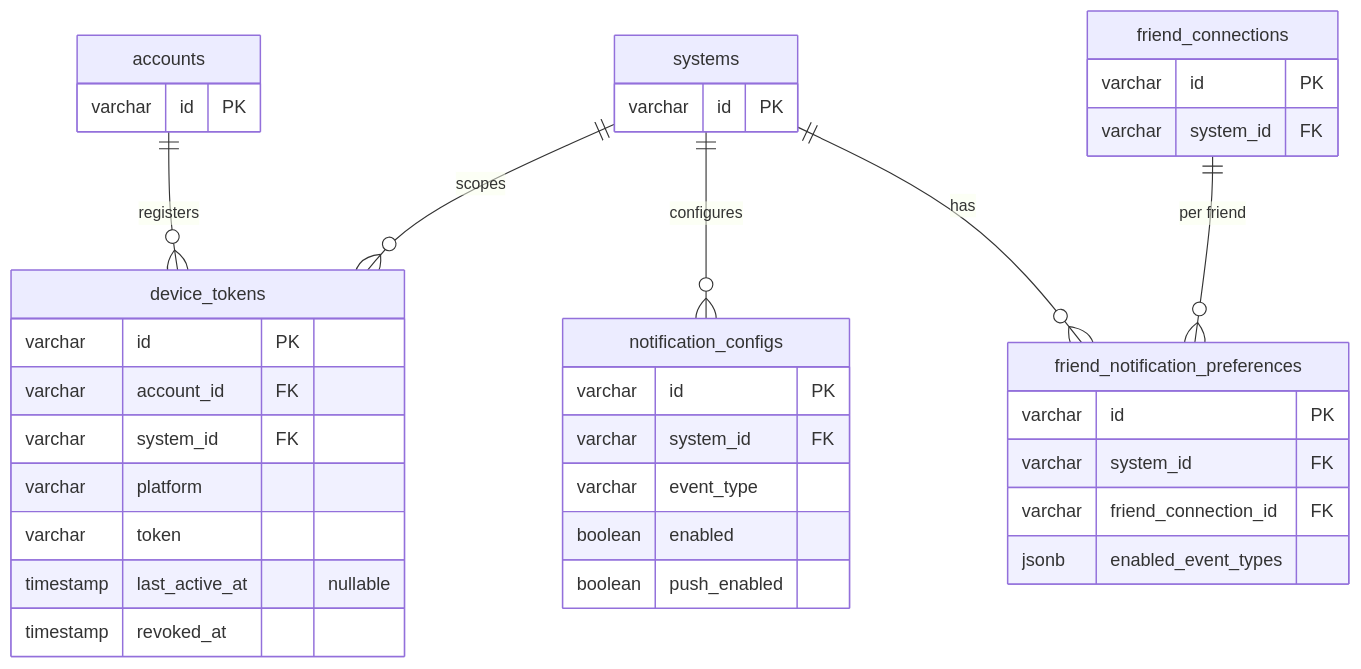
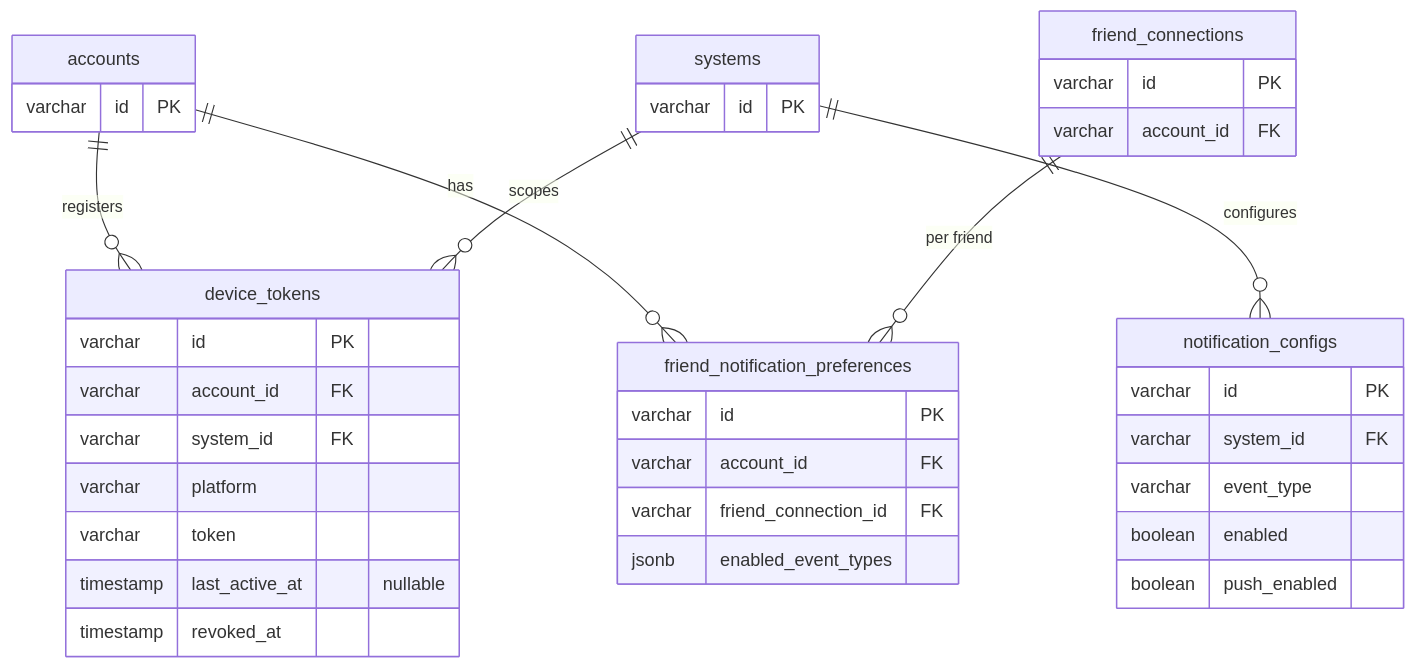
One commit to ThePrismSystem/pluralscape-mono changed diagram 14 of 21 in docs/database-schema.md. Above: the diagram before and after it, drawn with Mermaid. The commit also changed other lines of this file and 19 other files, not shown here.

First line of the commit message:
docs: update schema doc and future-features for PR #89 changes (#102)

````diff
--- a/docs/database-schema.md
+++ b/docs/database-schema.md
@@ -729,46 +757,46 @@
 ```mermaid
 erDiagram
     accounts {
         varchar id PK
     }
 
     systems {
         varchar id PK
     }
 
     friend_connections {
         varchar id PK
-        varchar system_id FK
+        varchar account_id FK
     }
 
     device_tokens {
         varchar id PK
         varchar account_id FK
         varchar system_id FK
         varchar platform
         varchar token
         timestamp last_active_at "nullable"
         timestamp revoked_at
     }
 
     notification_configs {
         varchar id PK
         varchar system_id FK
         varchar event_type
         boolean enabled
         boolean push_enabled
     }
 
     friend_notification_preferences {
         varchar id PK
-        varchar system_id FK
+        varchar account_id FK
         varchar friend_connection_id FK
         jsonb enabled_event_types
     }
 
     accounts ||--o{ device_tokens : "registers"
     systems ||--o{ device_tokens : "scopes"
     systems ||--o{ notification_configs : "configures"
-    systems ||--o{ friend_notification_preferences : "has"
+    accounts ||--o{ friend_notification_preferences : "has"
     friend_connections ||--o{ friend_notification_preferences : "per friend"
 ```
````
